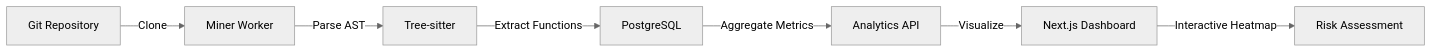
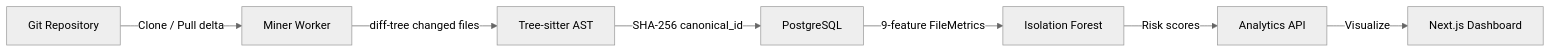
One commit to abhijeetw035/FORGE changed the diagram in README.md. Above: the diagram before and after it, drawn with Mermaid (neutral theme). The commit also changed other lines of this file and 1 other file, not shown here.

````diff
--- a/README.md
+++ b/README.md
@@ -87,9 +88,9 @@
 ```mermaid
 graph LR
-    A[Git Repository] -->|Clone| B[Miner Worker]
-    B -->|Parse AST| C[Tree-sitter]
-    C -->|Extract Functions| D[PostgreSQL]
-    D -->|Aggregate Metrics| E[Analytics API]
-    E -->|Visualize| F[Next.js Dashboard]
-    F -->|Interactive Heatmap| G[Risk Assessment]
+    A[Git Repository] -->|Clone / Pull delta| B[Miner Worker]
+    B -->|diff-tree changed files| C[Tree-sitter AST]
+    C -->|SHA-256 canonical_id| D[PostgreSQL]
+    D -->|9-feature FileMetrics| E[Isolation Forest]
+    E -->|Risk scores| F[Analytics API]
+    F -->|Visualize| G[Next.js Dashboard]
 ```
````
